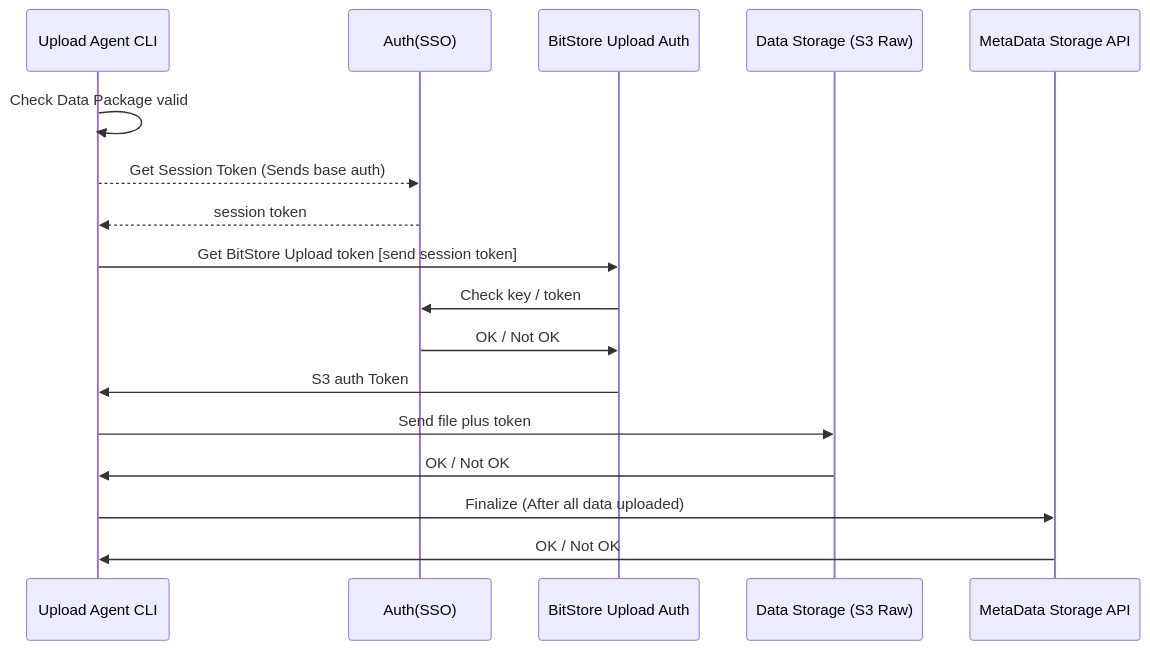
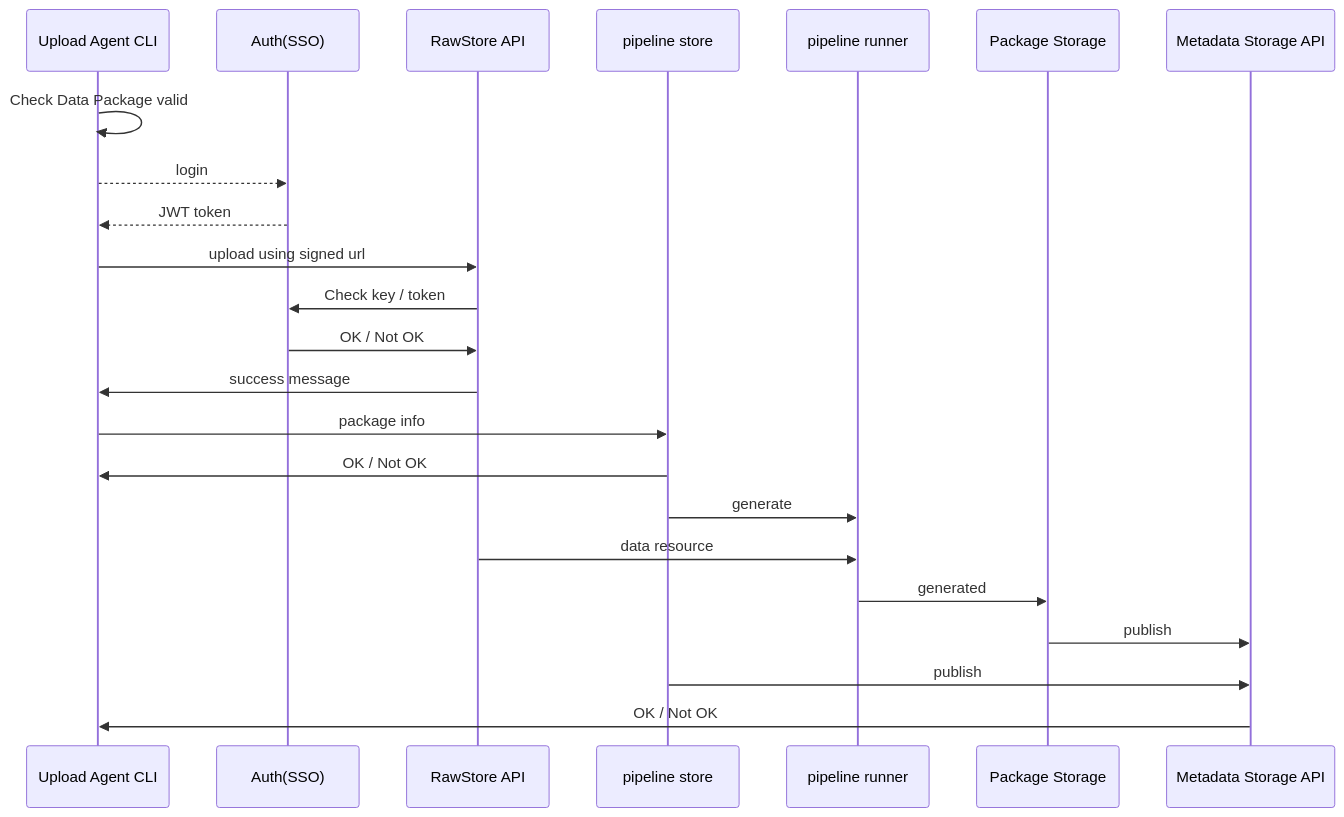
One commit to datopian/datahub-docs-tech changed the second of 2 diagrams in docs/developers/publish.md. Above: the diagram before and after it, drawn with Mermaid. The commit also changed other lines of this file and 2 other files, not shown here.

Commit message:
[developer-section-update][m]: updated publish, deploy, platform sections - refs #60

```diff
--- a/docs/developers/publish.md
+++ b/docs/developers/publish.md
@@ -9,14 +38,18 @@
 <div class="mermaid">
 sequenceDiagram
 Upload Agent CLI->>Upload Agent CLI: Check Data Package valid
-Upload Agent CLI-->>Auth(SSO): Get Session Token (Sends base auth)
-Auth(SSO)-->>Upload Agent CLI: session token
-Upload Agent CLI->>BitStore Upload Auth: Get BitStore Upload token [send session token]
-BitStore Upload Auth->>Auth(SSO): Check key / token
-Auth(SSO)->>BitStore Upload Auth: OK / Not OK
-BitStore Upload Auth->>Upload Agent CLI: S3 auth Token
-Upload Agent CLI->>Data Storage (S3 Raw): Send file plus token
-Data Storage (S3 Raw)->>Upload Agent CLI: OK / Not OK
-Upload Agent CLI->>MetaData Storage API: Finalize (After all data uploaded)
-MetaData Storage API->>Upload Agent CLI: OK / Not OK
+Upload Agent CLI-->>Auth(SSO): login
+Auth(SSO)-->>Upload Agent CLI: JWT token
+Upload Agent CLI->>RawStore API: upload using signed url
+RawStore API->>Auth(SSO): Check key / token
+Auth(SSO)->>RawStore API: OK / Not OK
+RawStore API->>Upload Agent CLI: success message
+Upload Agent CLI->>pipeline store: package info
+pipeline store->>Upload Agent CLI: OK / Not OK
+pipeline store->>pipeline runner: generate
+RawStore API->>pipeline runner: data resource
+pipeline runner->>Package Storage: generated
+Package Storage->>Metadata Storage API: publish
+pipeline store->>Metadata Storage API: publish
+Metadata Storage API->>Upload Agent CLI: OK / Not OK
 </div>
```
